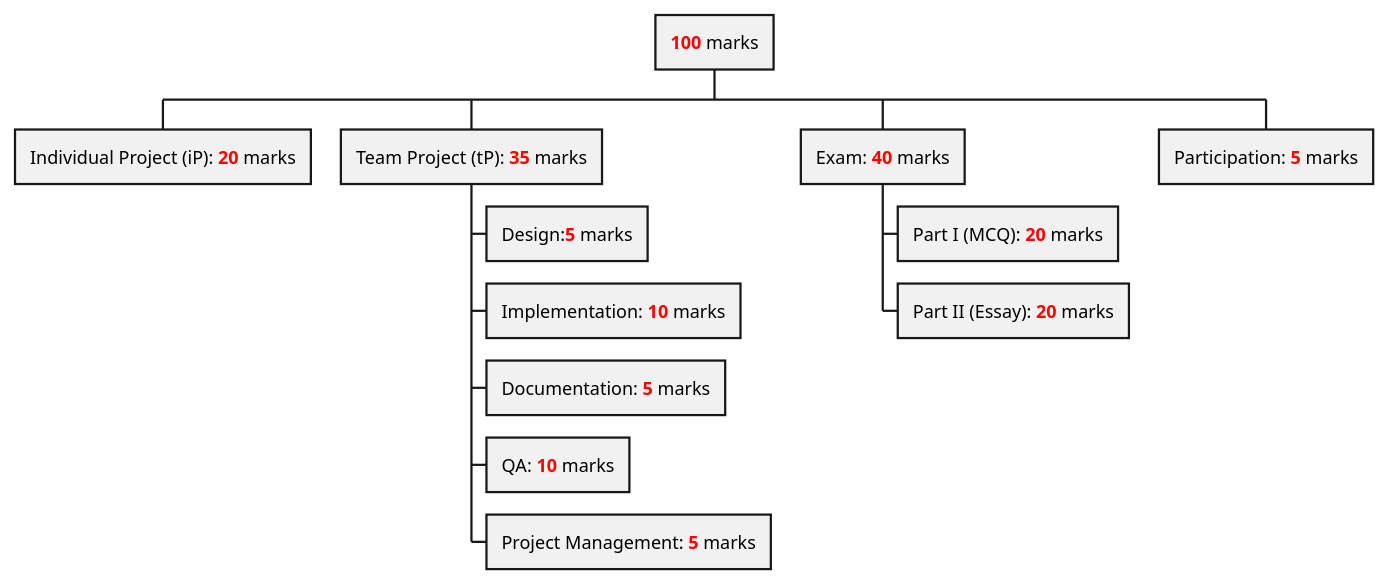
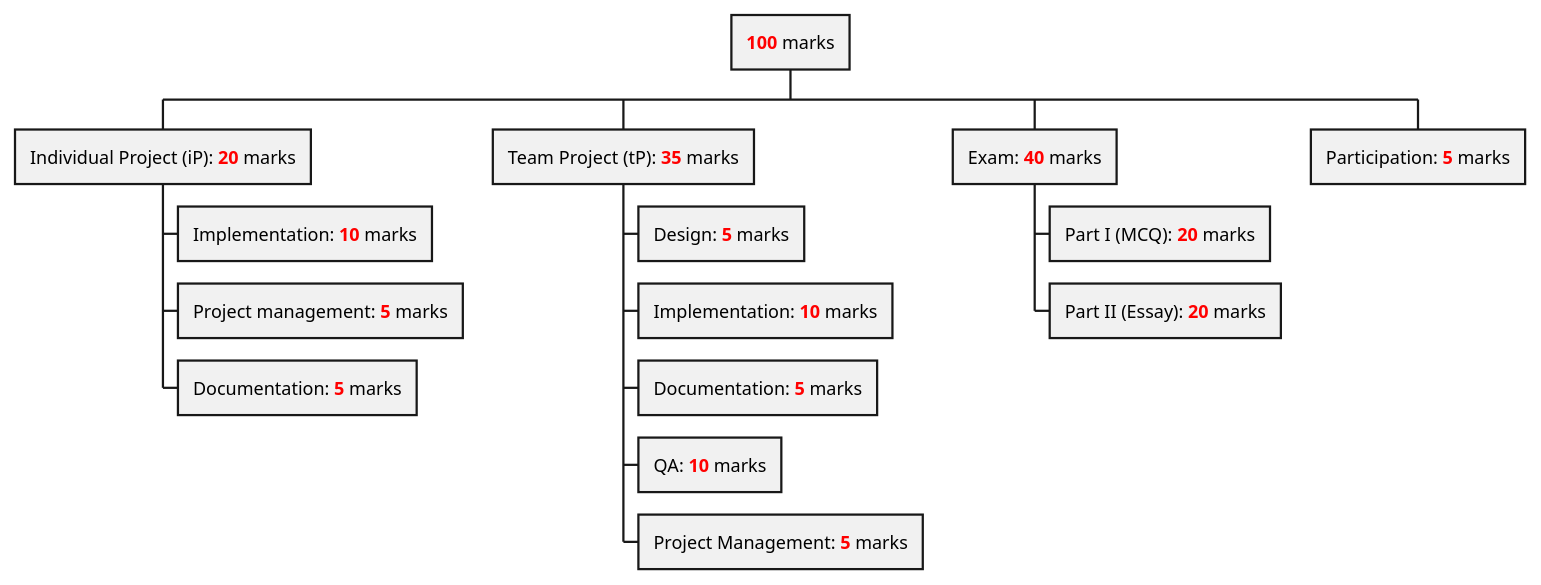
The diagram in admin/images/grade-breakdown.puml (nus-cs2113-AY1920S2/website), drawn with PlantUML before and after one commit. The commit also changed 198 other files, not shown here.

```diff
--- a/admin/images/grade-breakdown.puml
+++ b/admin/images/grade-breakdown.puml
@@ -1,15 +1,18 @@
 @startwbs
 skinparam backgroundcolor transparent
 + <b><color:red>100</color></b> marks
  + Individual Project (iP): <b><color:red>20</color></b> marks
+  + Implementation: <b><color:red>10</color></b> marks
+  + Project management: <b><color:red>5</color></b> marks
+  + Documentation: <b><color:red>5</color></b> marks
  + Team Project (tP): <b><color:red>35</color></b> marks
-  + Design:<b><color:red>5</color></b> marks
+  + Design: <b><color:red>5</color></b> marks
   + Implementation: <b><color:red>10</color></b> marks
   + Documentation: <b><color:red>5</color></b> marks
   + QA: <b><color:red>10</color></b> marks
   + Project Management: <b><color:red>5</color></b> marks
  + Exam: <b><color:red>40</color></b> marks
   + Part I (MCQ): <b><color:red>20</color></b> marks
   + Part II (Essay): <b><color:red>20</color></b> marks
  + Participation: <b><color:red>5</color></b> marks
 @endwbs
```
